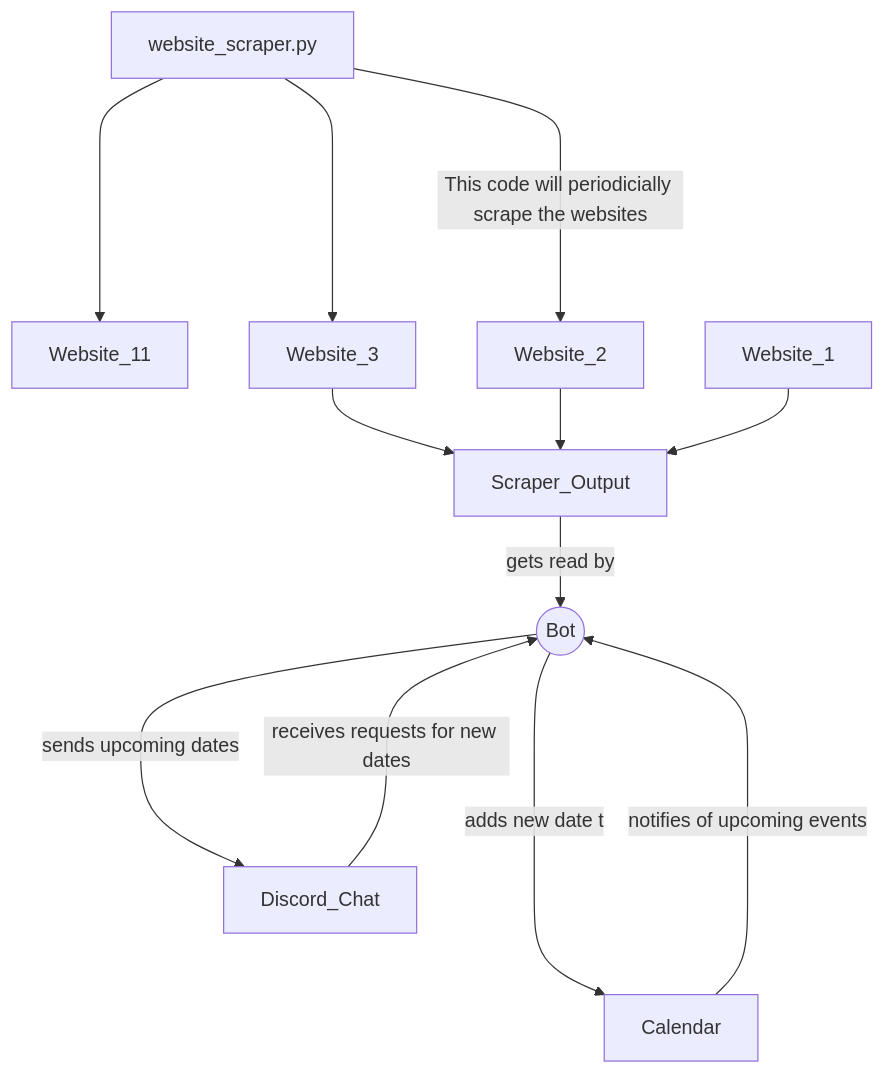
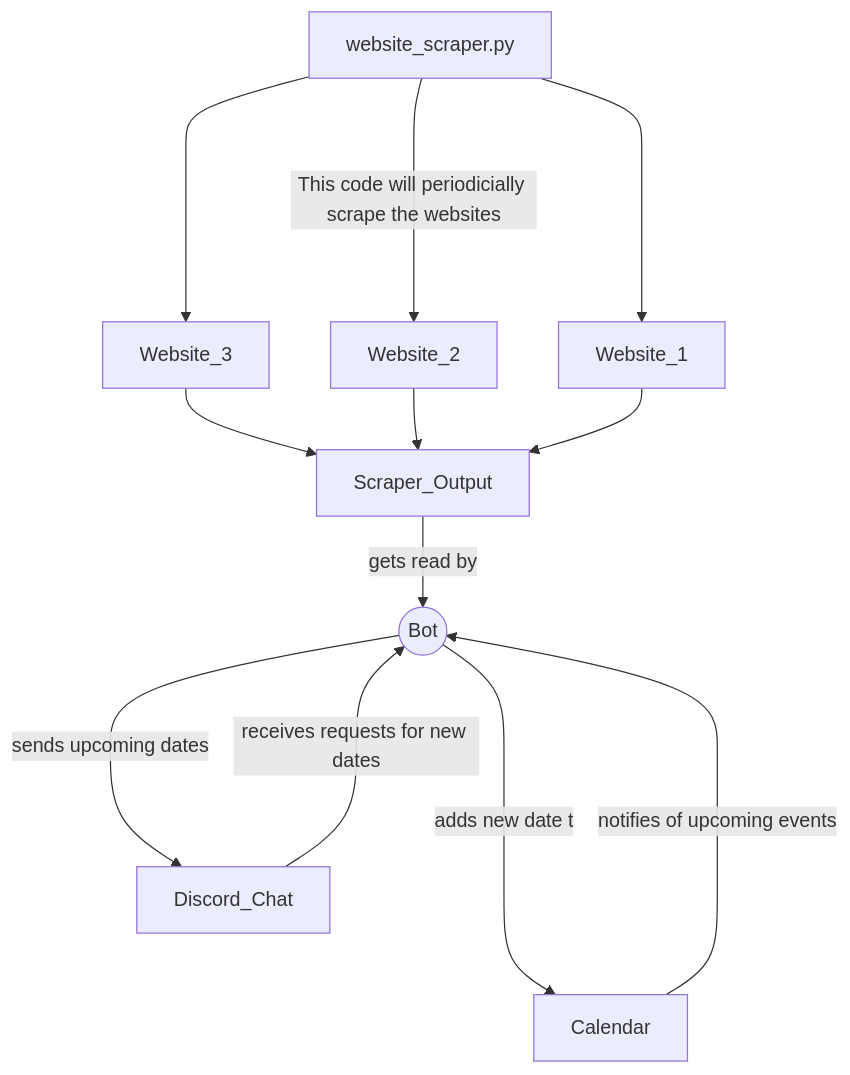
One commit to vesmor/ResearchBuddy changed the diagram in readme.md. Above: the diagram before and after it, drawn with Mermaid.

````diff
--- a/readme.md
+++ b/readme.md
@@ -38,15 +38,15 @@
 ```mermaid
 
 	graph TD;
-    website_scraper.py---->Website_11;
+    website_scraper.py---->Website_1;
     website_scraper.py--This code will periodicially scrape the websites-->Website_2;
     website_scraper.py---->Website_3;
     Website_3-->Scraper_Output;
     Website_2-->Scraper_Output;
     Website_1-->Scraper_Output;
     Scraper_Output--gets read by-->Bot;
     Calendar--notifies of upcoming events---->Bot((Bot));
     Bot--adds new date to-->Calendar;
     Discord_Chat--receives requests for new dates--->Bot
     Bot--sends upcoming dates-->Discord_Chat
 ```
````
